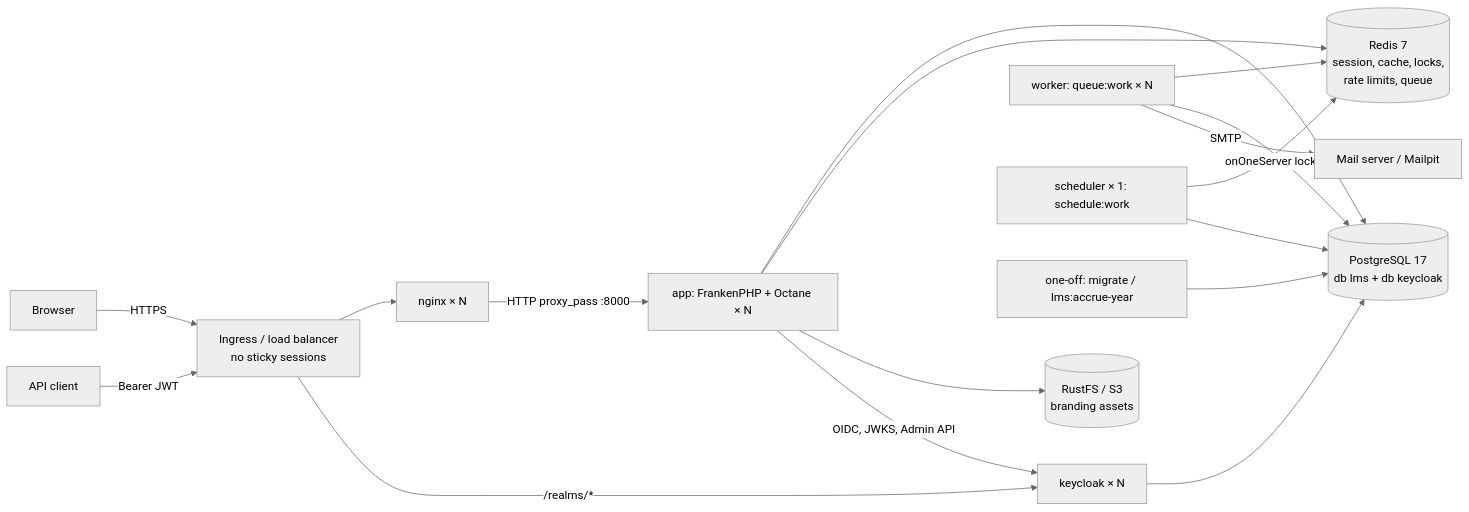
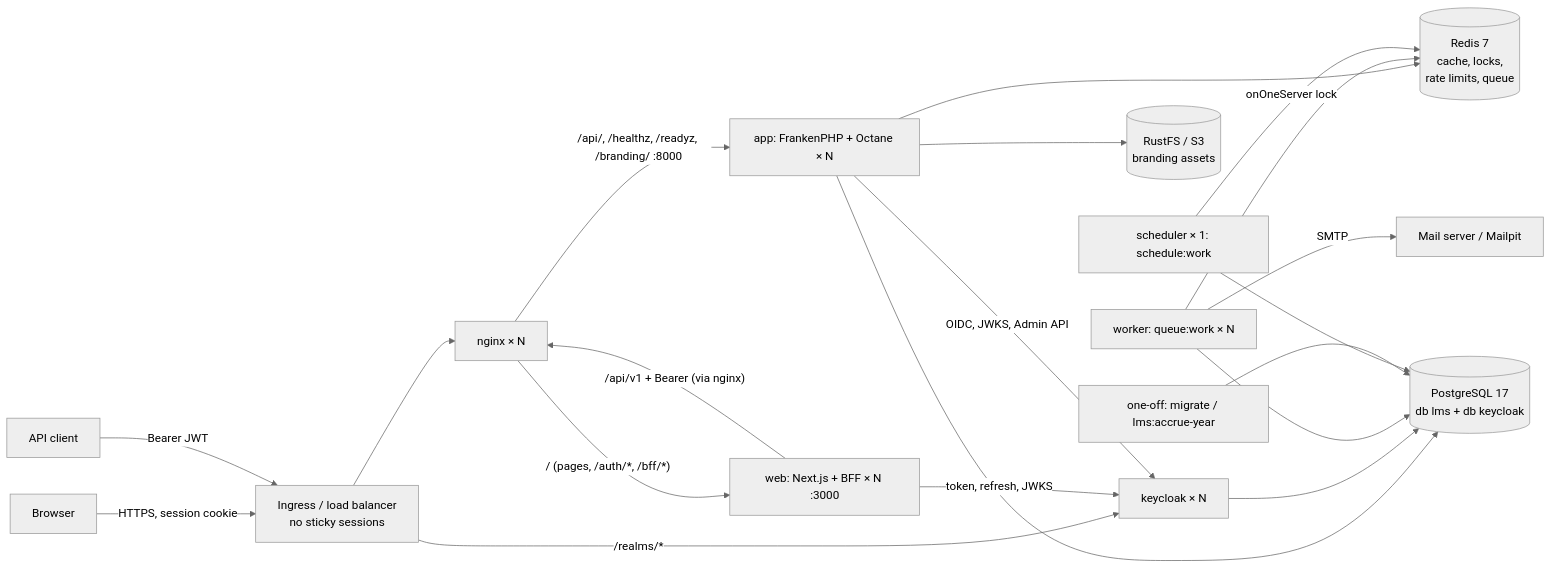
One commit to heyadityak/lms changed the first of 3 diagrams in docs/SYSTEM_DESIGN.md. Above: the diagram before and after it, drawn with Mermaid (neutral theme). The commit also changed other lines of this file and 39 other files, not shown here.

First line of the commit message:
docs: Next.js BFF frontend + API-only Laravel design (D-43)

````diff
--- a/docs/SYSTEM_DESIGN.md
+++ b/docs/SYSTEM_DESIGN.md
@@ -25,19 +25,22 @@
 ```mermaid
 flowchart LR
-    B[Browser] -->|HTTPS| LB[Ingress / load balancer<br/>no sticky sessions]
+    B[Browser] -->|HTTPS, session cookie| LB[Ingress / load balancer<br/>no sticky sessions]
     C[API client] -->|Bearer JWT| LB
     LB --> N[nginx × N]
     LB -->|/realms/*| KC[keycloak × N]
-    N -->|HTTP proxy_pass :8000| A[app: FrankenPHP + Octane × N]
+    N -->|"/ (pages, /auth/*, /bff/*)"| WB[web: Next.js + BFF × N :3000]
+    WB -->|"/api/v1 + Bearer (via nginx)"| N
+    WB -->|token, refresh, JWKS| KC
+    N -->|"/api/, /healthz, /readyz, /branding/ :8000"| A[app: FrankenPHP + Octane × N]
     A --> PG[(PostgreSQL 17<br/>db lms + db keycloak)]
-    A --> RD[(Redis 7<br/>session, cache, locks,<br/>rate limits, queue)]
+    A --> RD[(Redis 7<br/>cache, locks,<br/>rate limits, queue)]
     A --> FS[(RustFS / S3<br/>branding assets)]
     A -->|OIDC, JWKS, Admin API| KC
     KC --> PG
     W[worker: queue:work × N] --> RD
     W --> PG
     W -->|SMTP| M[Mail server / Mailpit]
     S[scheduler × 1: schedule:work] -->|onOneServer lock| RD
     S --> PG
     J[one-off: migrate / lms:accrue-year] --> PG
 ```
````
